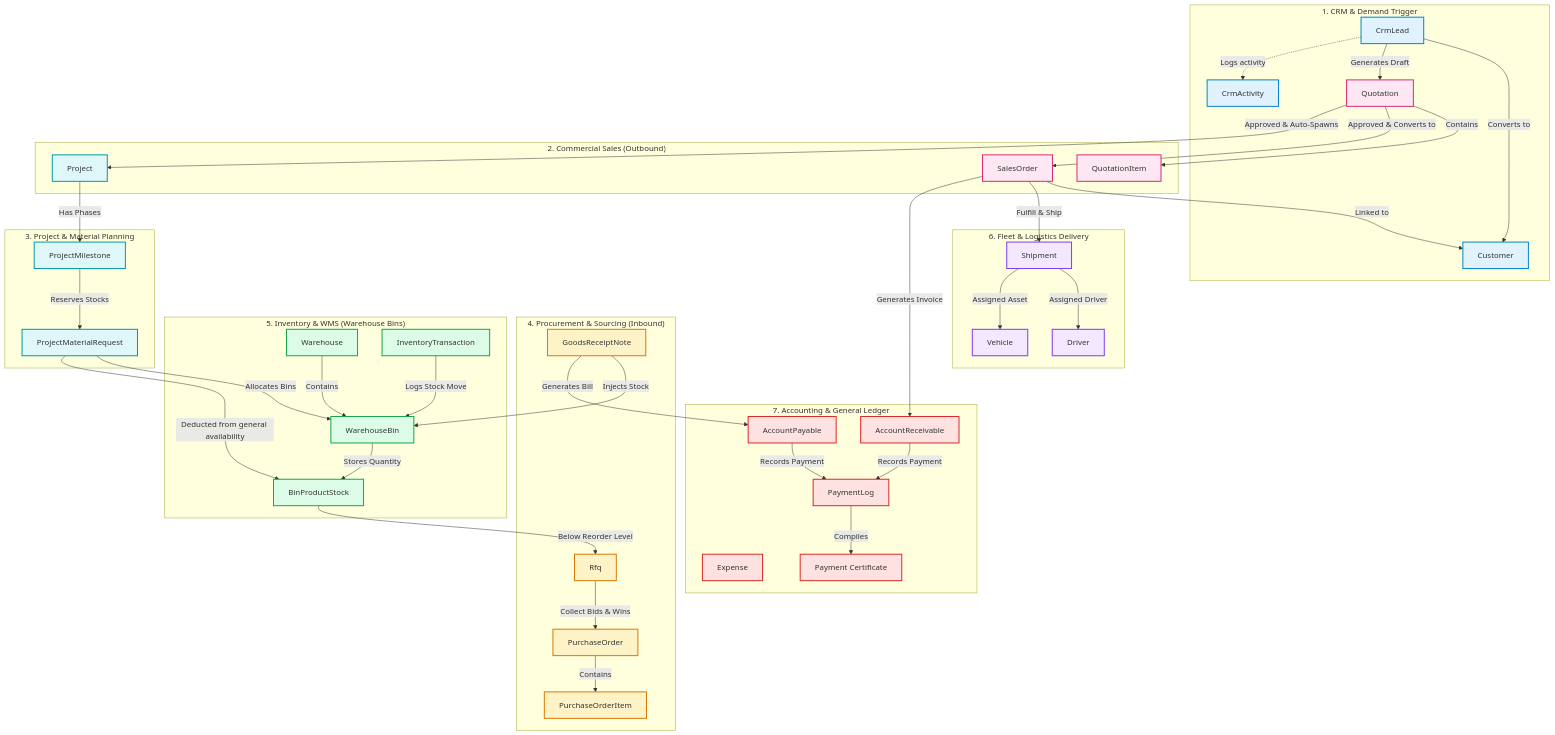
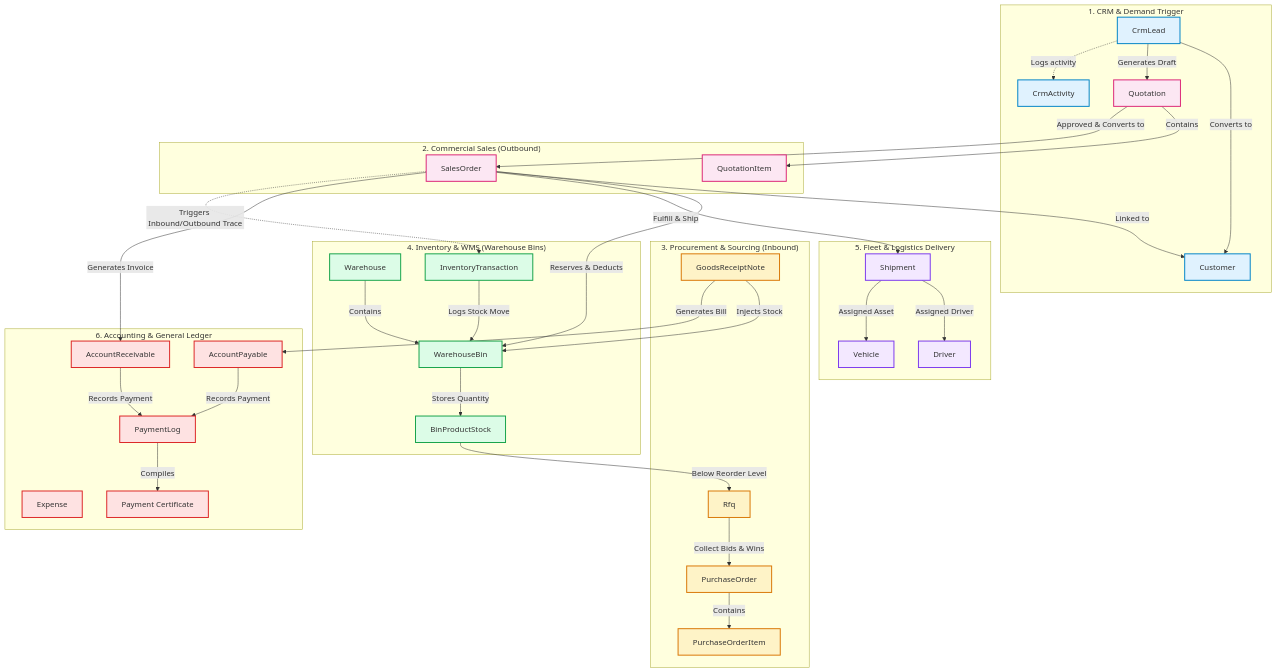
The first of 5 diagrams in README.md (mesourish/Supply-Chain-Management), drawn with Mermaid before and after one commit. The commit also changed other lines of this file, not shown here.

Commit message:
docs: remove project management from README to align with codebase

````diff
--- a/README.md
+++ b/README.md
@@ -22,81 +22,71 @@
 ```mermaid
 graph TD
     %% Define Styles
     classDef crm fill:#e0f2fe,stroke:#0284c7,stroke-width:2px;
     classDef procurement fill:#fef3c7,stroke:#d97706,stroke-width:2px;
     classDef inventory fill:#dcfce7,stroke:#16a34a,stroke-width:2px;
     classDef sales fill:#fce7f3,stroke:#db2777,stroke-width:2px;
     classDef finance fill:#fee2e2,stroke:#dc2626,stroke-width:2px;
     classDef logistics fill:#f3e8ff,stroke:#7c3aed,stroke-width:2px;
-    classDef projects fill:#e0f7fa,stroke:#0097a7,stroke-width:2px;
-
 
     subgraph CRMSec ["1. CRM & Demand Trigger"]
         Lead[CrmLead]:::crm
         Activity[CrmActivity]:::crm
         Lead -->|Converts to| Cust[Customer]:::crm
         Lead -->|Generates Draft| Quote[Quotation]:::sales
         Lead -.->|Logs activity| Activity
     end
 
     subgraph SalesSec ["2. Commercial Sales (Outbound)"]
         QuoteItem[QuotationItem]:::sales
         Quote -->|Contains| QuoteItem
         Quote -->|Approved & Converts to| SO[SalesOrder]:::sales
-        Quote -->|Approved & Auto-Spawns| Proj[Project]:::projects
         SO -->|Linked to| Cust
     end
 
-    subgraph ProjectSec ["3. Project & Material Planning"]
-        Milestone[ProjectMilestone]:::projects
-        MaterialReq[ProjectMaterialRequest]:::projects
-        Proj -->|Has Phases| Milestone
-        Milestone -->|Reserves Stocks| MaterialReq
-    end
-
-    subgraph ProcurementSec ["4. Procurement & Sourcing (Inbound)"]
+    subgraph ProcurementSec ["3. Procurement & Sourcing (Inbound)"]
         Rfq[Rfq]:::procurement
         PO[PurchaseOrder]:::procurement
         POItem[PurchaseOrderItem]:::procurement
         GRN[GoodsReceiptNote]:::procurement
         PO -->|Contains| POItem
         Rfq -->|Collect Bids & Wins| PO
     end
 
-    subgraph InventorySec ["5. Inventory & WMS (Warehouse Bins)"]
+    subgraph InventorySec ["4. Inventory & WMS (Warehouse Bins)"]
         WH[Warehouse]:::inventory
         Bin[WarehouseBin]:::inventory
         Stock[BinProductStock]:::inventory
         Tx[InventoryTransaction]:::inventory
         WH -->|Contains| Bin
         Bin -->|Stores Quantity| Stock
         Tx -->|Logs Stock Move| Bin
         GRN -->|Injects Stock| Bin
-        MaterialReq -->|Allocates Bins| Bin
+        SO -->|Reserves & Deducts| Bin
     end
 
-    subgraph LogisticsSec ["6. Fleet & Logistics Delivery"]
+    subgraph LogisticsSec ["5. Fleet & Logistics Delivery"]
         Shipment[Shipment]:::logistics
         Driver[Driver]:::logistics
         Vehicle[Vehicle]:::logistics
         Shipment -->|Assigned Driver| Driver
         Shipment -->|Assigned Asset| Vehicle
         SO -->|Fulfill & Ship| Shipment
     end
 
-    subgraph FinanceSec ["7. Accounting & General Ledger"]
+    subgraph FinanceSec ["6. Accounting & General Ledger"]
         AP[AccountPayable]:::finance
         AR[AccountReceivable]:::finance
         PayLog[PaymentLog]:::finance
         Expense[Expense]:::finance
         GRN -->|Generates Bill| AP
         SO -->|Generates Invoice| AR
         AP -->|Records Payment| PayLog
         AR -->|Records Payment| PayLog
         PayLog -->|Compiles| Cert[Payment Certificate]:::finance
     end
 
     %% Key Inter-Module Links
     Stock -->|Below Reorder Level| Rfq
-    MaterialReq -->|Deducted from general availability| Stock
+    SO -.->|Triggers Inbound/Outbound Trace| Tx
 ```
````
